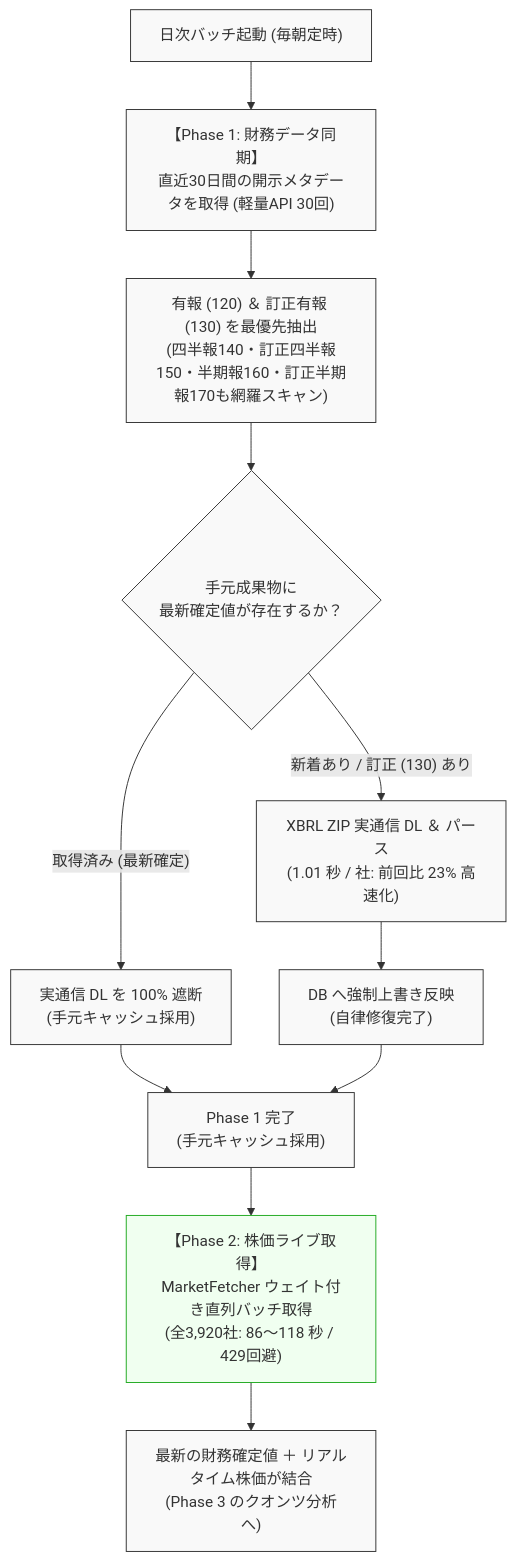
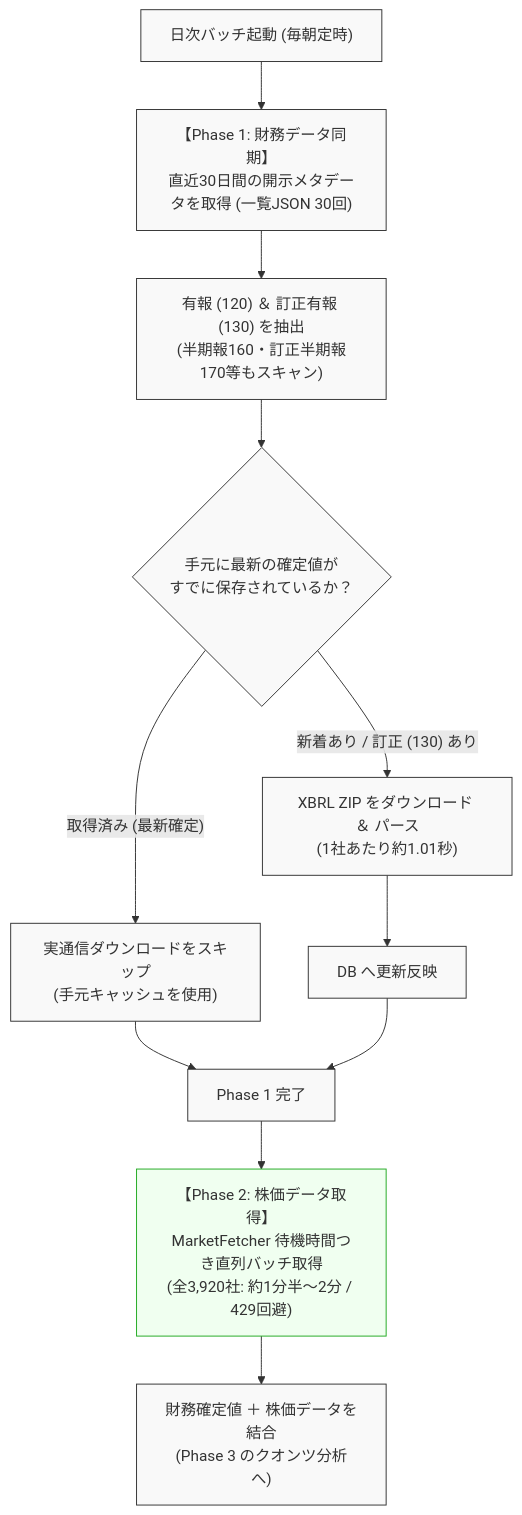
The second of 2 diagrams in docs/articles/qiita_part1_data_acquisition.md (akkyey/stock-analyzer-core), drawn with Mermaid before and after one commit. The commit also changed other lines of this file and 12 other files, not shown here.

````diff
--- a/docs/articles/qiita_part1_data_acquisition.md
+++ b/docs/articles/qiita_part1_data_acquisition.md
@@ -174,27 +176,27 @@
 ```mermaid
 flowchart TD
-    Start["日次バッチ起動 (毎朝定時)"] --> Scan["【Phase 1: 財務データ同期】<br>直近30日間の開示メタデータを取得 (軽量API 30回)"]
-    Scan --> Filter["有報 (120) ＆ 訂正有報 (130) を最優先抽出<br>(四半報140・訂正四半報150・半期報160・訂正半期報170も網羅スキャン)"]
-    Filter --> Check{"手元成果物に<br>最新確定値が存在するか？"}
+    Start["日次バッチ起動 (毎朝定時)"] --> Scan["【Phase 1: 財務データ同期】<br>直近30日間の開示メタデータを取得 (一覧JSON 30回)"]
+    Scan --> Filter["有報 (120) ＆ 訂正有報 (130) を抽出<br>(半期報160・訂正半期報170等もスキャン)"]
+    Filter --> Check{"手元に最新の確定値が<br>すでに保存されているか？"}
     
-    Check -- "新着あり / 訂正 (130) あり" --> Download["XBRL ZIP 実通信 DL ＆ パース<br>(1.01 秒 / 社: 前回比 23% 高速化)"]
-    Check -- "取得済み (最新確定)" --> Skip["実通信 DL を 100% 遮断<br>(手元キャッシュ採用)"]
+    Check -- "新着あり / 訂正 (130) あり" --> Download["XBRL ZIP をダウンロード ＆ パース<br>(1社あたり約1.01秒)"]
+    Check -- "取得済み (最新確定)" --> Skip["実通信ダウンロードをスキップ<br>(手元キャッシュを使用)"]
     
-    Download --> Upsert["DB へ強制上書き反映<br>(自律修復完了)"]
-    Skip --> Merge["Phase 1 完了<br>(手元キャッシュ採用)"]
+    Download --> Upsert["DB へ更新反映"]
+    Skip --> Merge["Phase 1 完了"]
     Upsert --> Merge
     
-    Merge --> P2["【Phase 2: 株価ライブ取得】<br>MarketFetcher ウェイト付き直列バッチ取得<br>(全3,920社: 86〜118 秒 / 429回避)"]
-    P2 --> End["最新の財務確定値 ＋ リアルタイム株価が結合<br>(Phase 3 のクオンツ分析へ)"]
-    
+    Merge --> P2["【Phase 2: 株価データ取得】<br>MarketFetcher 待機時間つき直列バッチ取得<br>(全3,920社: 約1分半〜2分 / 429回避)"]
+    P2 --> End["財務確定値 ＋ 株価データを結合<br>(Phase 3 のクオンツ分析へ)"]
+
     style Start fill:#f9f9f9,stroke:#333,stroke-width:1px,color:#333
     style Scan fill:#f9f9f9,stroke:#333,stroke-width:1px,color:#333
     style Filter fill:#f9f9f9,stroke:#333,stroke-width:1px,color:#333
     style Check fill:#f9f9f9,stroke:#333,stroke-width:1px,color:#333
     style Download fill:#f9f9f9,stroke:#333,stroke-width:1px,color:#333
     style Skip fill:#f9f9f9,stroke:#333,stroke-width:1px,color:#333
     style Upsert fill:#f9f9f9,stroke:#333,stroke-width:1px,color:#333
     style Merge fill:#f9f9f9,stroke:#333,stroke-width:1px,color:#333
     style P2 fill:#f0fff0,stroke:#2a2,stroke-width:1px,color:#333
     style End fill:#f9f9f9,stroke:#333,stroke-width:1px,color:#333
 ```
````
